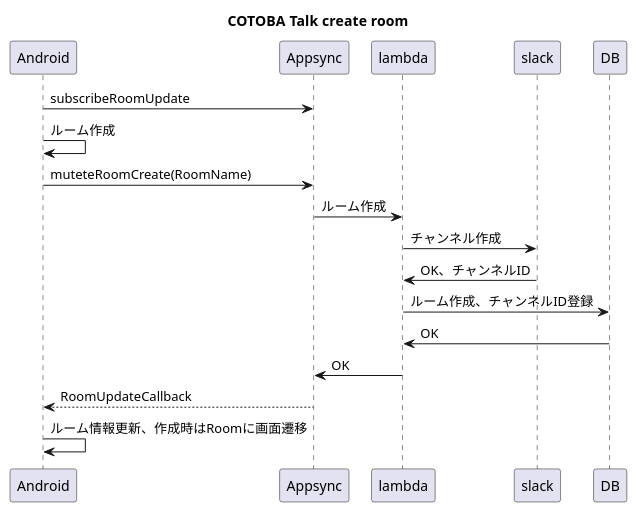
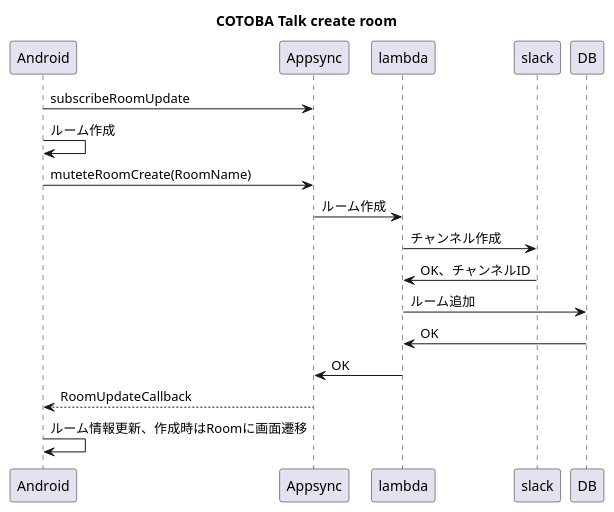
Before and after one commit to TsuyoshiGoto/UML: the diagram in cotoba_talk/sequence/20210513_createroom.wsd, drawn with PlantUML. The commit also changed 7 other files, not shown here.

Commit message:
Update sequence dialog.

```diff
--- a/cotoba_talk/sequence/20210513_createroom.wsd
+++ b/cotoba_talk/sequence/20210513_createroom.wsd
@@ -1,17 +1,17 @@
 @startuml
 
 title COTOBA Talk create room
 
 Android -> Appsync:subscribeRoomUpdate
 Android -> Android:ルーム作成
 Android -> Appsync:muteteRoomCreate(RoomName)
 Appsync -> lambda:ルーム作成
 lambda -> slack:チャンネル作成
 slack -> lambda:OK、チャンネルID
-lambda -> DB:ルーム作成、チャンネルID登録
+lambda -> DB:ルーム追加
 DB -> lambda:OK
 lambda -> Appsync:OK
 Appsync --> Android:RoomUpdateCallback
 Android -> Android:ルーム情報更新、作成時はRoomに画面遷移
 
 @enduml
```
